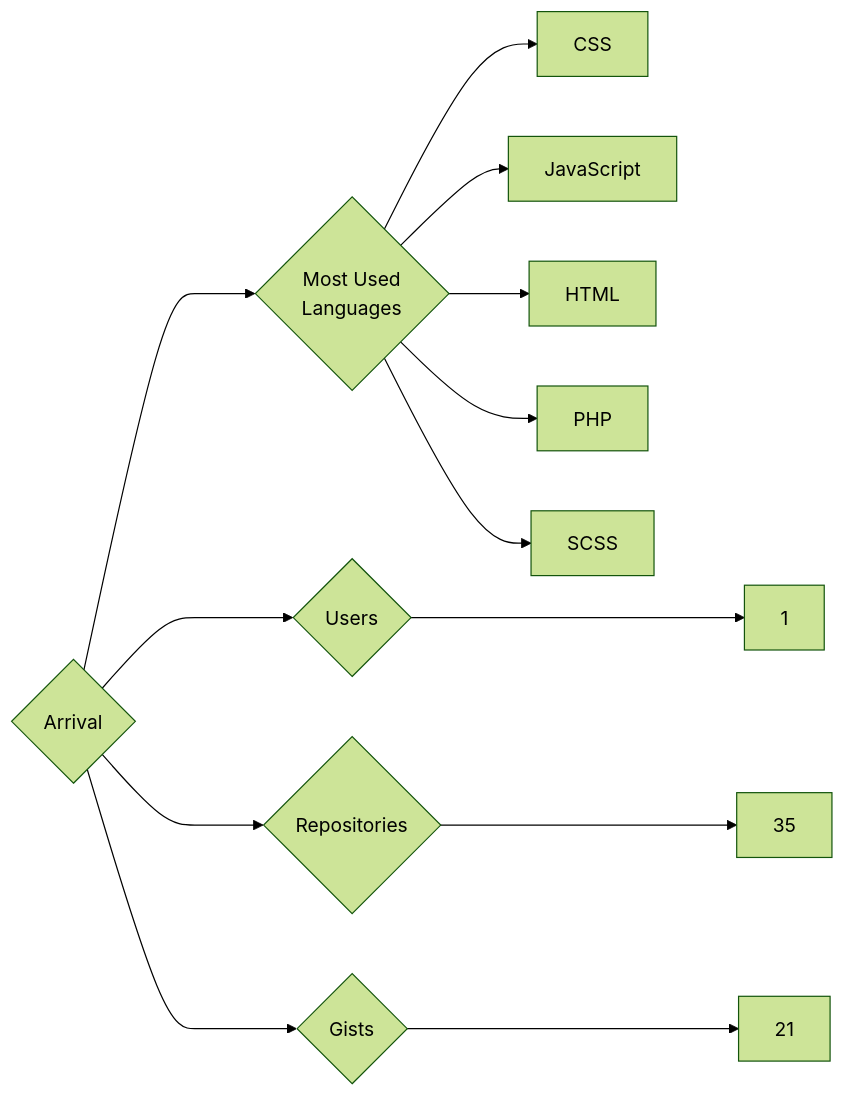
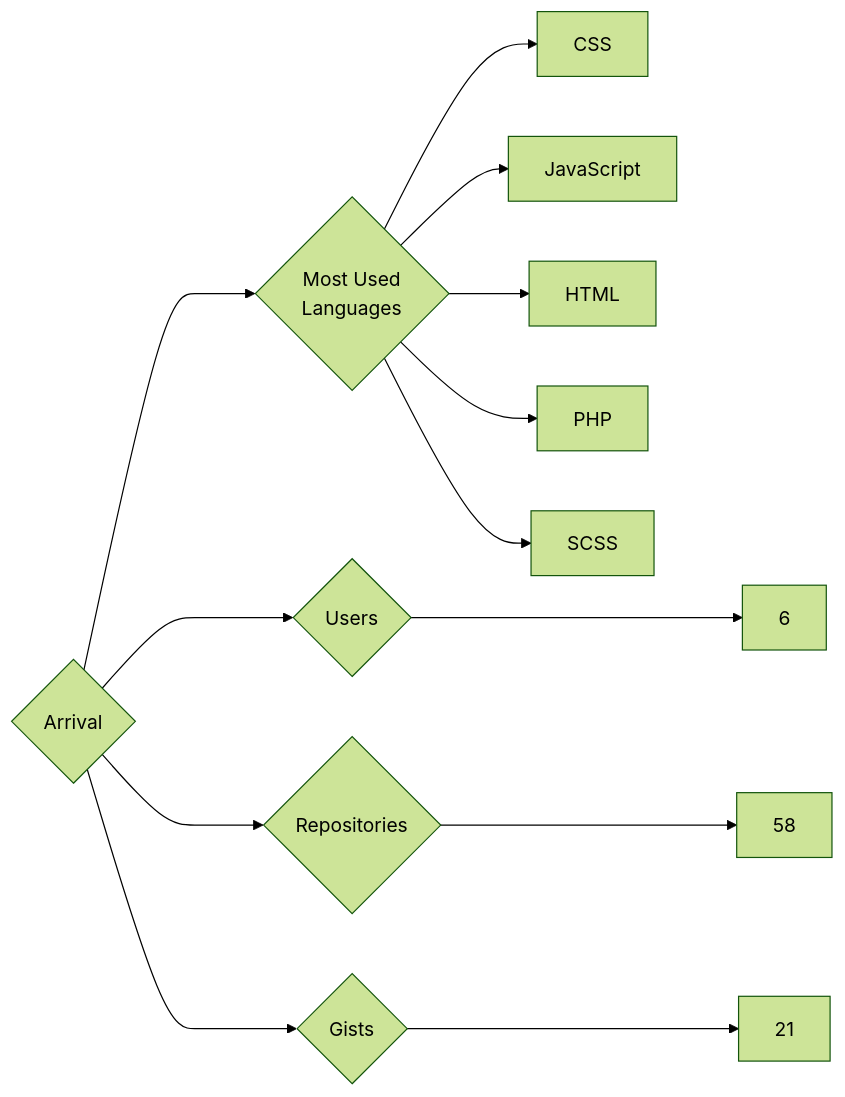
The diagram in targets/Arrival/README.md (trickest/insiders), drawn with Mermaid (forest theme) before and after one commit. The commit also changed 1020 other files, not shown here.

````diff
--- a/targets/Arrival/README.md
+++ b/targets/Arrival/README.md
@@ -3,13 +3,13 @@
 ```mermaid
 graph LR
 COMPANY_NAME{Arrival}
-COMPANY_NAME ---> U{Users} ---> UN[1]
-COMPANY_NAME ---> R{Repositories} ---> RN[35]
+COMPANY_NAME ---> U{Users} ---> UN[6]
+COMPANY_NAME ---> R{Repositories} ---> RN[58]
 COMPANY_NAME ---> G{Gists} ---> GN[21]
 COMPANY_NAME ---> ML{Most Used<br>Languages}
 ML --> CSS[CSS]
 ML --> JavaScript[JavaScript]
 ML --> HTML[HTML]
 ML --> PHP[PHP]
 ML --> SCSS[SCSS]
 ```
````
